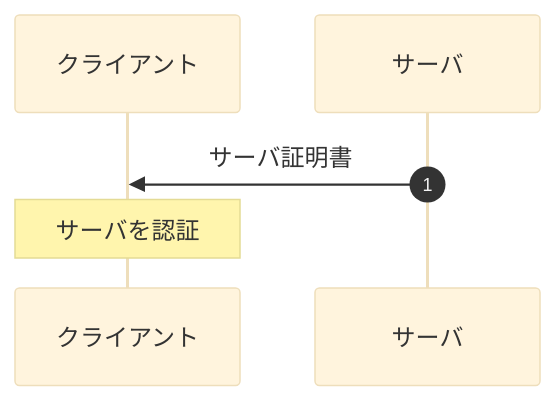
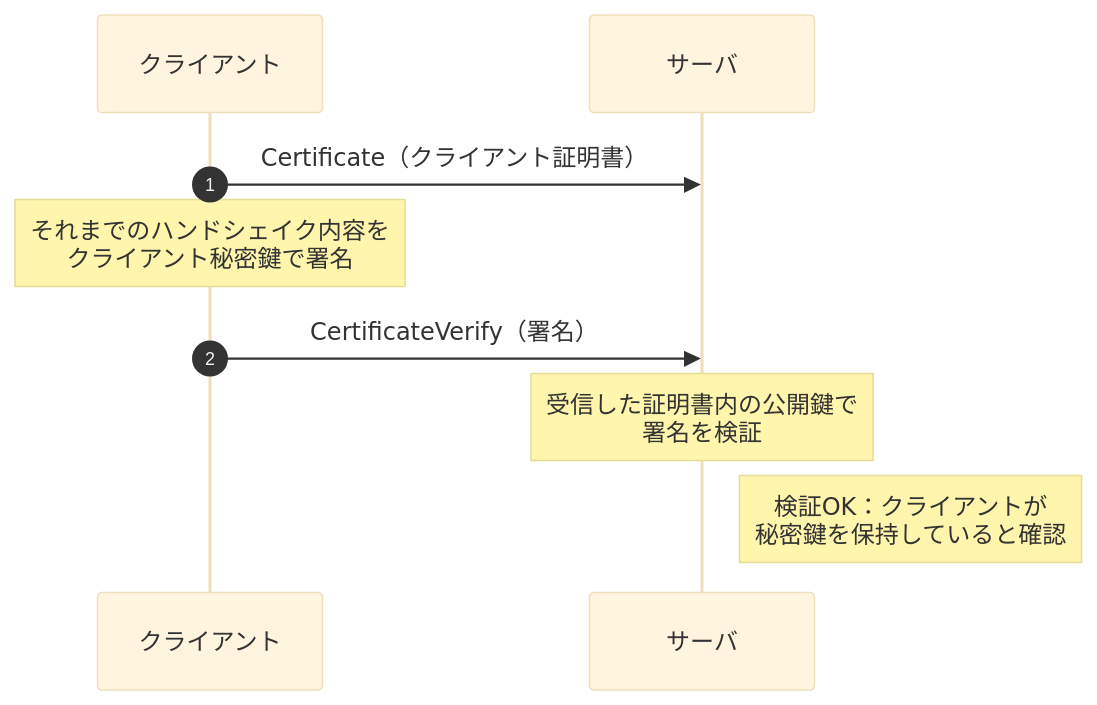
Before and after one commit to t0kio2/tokiolab.dev: the diagram in blog-assets/diagrams/test.mmd, drawn with Mermaid. The commit also changed 14 other files, not shown here.

```diff
--- a/blog-assets/diagrams/test.mmd
+++ b/blog-assets/diagrams/test.mmd
@@ -1,11 +1,15 @@
 ---
 config:
   theme: base
 ---
 sequenceDiagram
     autonumber
     participant Client as クライアント
     participant Server as サーバ
 
-    Server->>Client: サーバ証明書
-    Note over Client: サーバを認証
+    Client->>Server: Certificate（クライアント証明書）
+    Note over Client: それまでのハンドシェイク内容を<br/>クライアント秘密鍵で署名
+
+    Client->>Server: CertificateVerify（署名）
+    Note over Server: 受信した証明書内の公開鍵で<br/>署名を検証
+    Note right of Server: 検証OK：クライアントが<br/>秘密鍵を保持していると確認
```
